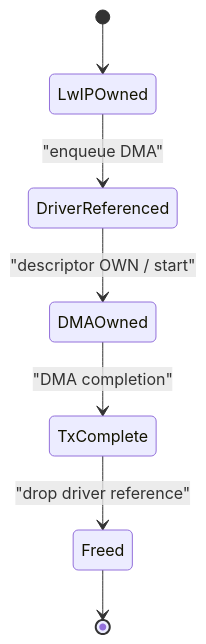
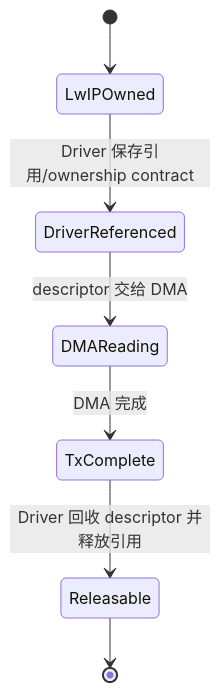
One commit to wdfk-prog/lwIP-Source-Lab changed the fourth of 5 diagrams in docs/20-ethernet-dma-zero-copy.md. Above: the diagram before and after it, drawn with Mermaid. The commit also changed other lines of this file and 49 other files, not shown here.

````diff
--- a/docs/20-ethernet-dma-zero-copy.md
+++ b/docs/20-ethernet-dma-zero-copy.md
@@ -167,9 +155,9 @@
 ```mermaid
 stateDiagram-v2
     [*] --> LwIPOwned
-    LwIPOwned --> DriverReferenced: "enqueue DMA"
-    DriverReferenced --> DMAOwned: "descriptor OWN / start"
-    DMAOwned --> TxComplete: "DMA completion"
-    TxComplete --> Freed: "drop driver reference"
-    Freed --> [*]
+    LwIPOwned --> DriverReferenced: Driver 保存引用/ownership contract
+    DriverReferenced --> DMAReading: descriptor 交给 DMA
+    DMAReading --> TxComplete: DMA 完成
+    TxComplete --> Releasable: Driver 回收 descriptor 并释放引用
+    Releasable --> [*]
 ```
````
